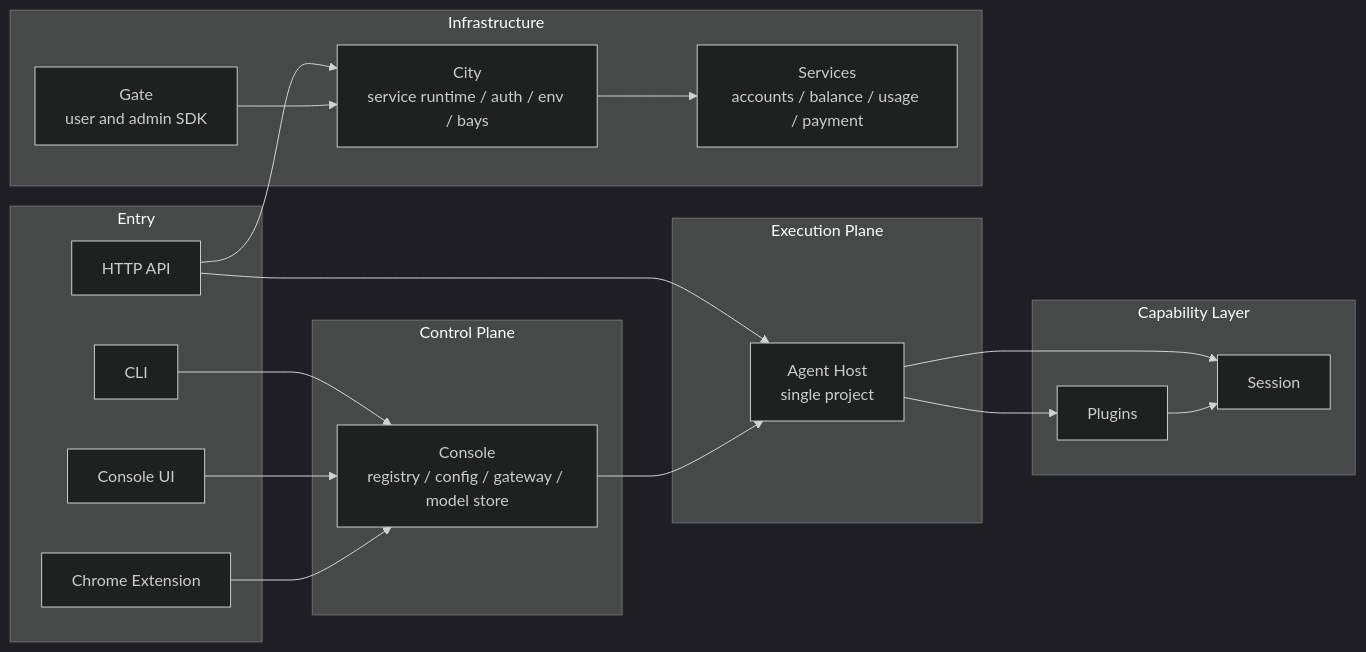
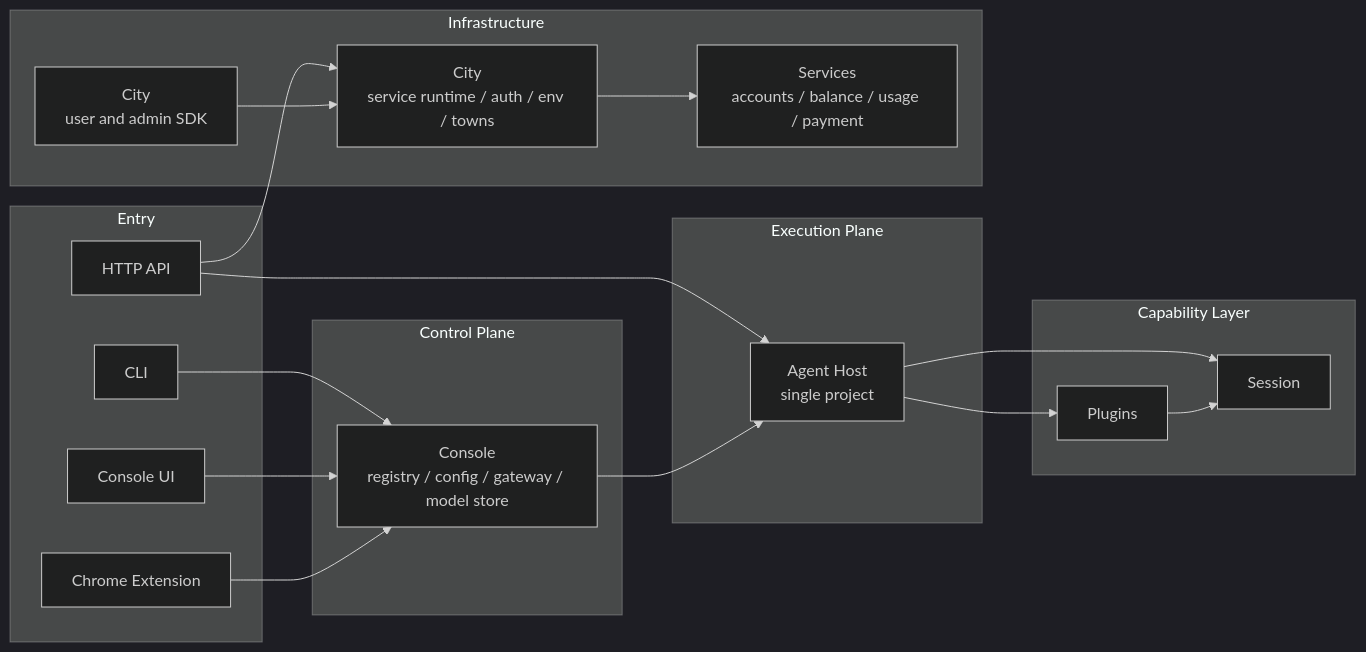
The first of 3 diagrams in homepage/content/devdocs/en/architecture/system-logic.mdx (wangenius/downcity), drawn with Mermaid (dark theme) before and after one commit. The commit also changed other lines of this file and 1247 other files, not shown here.

````diff
--- a/homepage/content/devdocs/en/architecture/system-logic.mdx
+++ b/homepage/content/devdocs/en/architecture/system-logic.mdx
@@ -21,40 +21,40 @@
 ```mermaid
 flowchart LR
   subgraph Entry["Entry"]
     CLI["CLI"]
     UI["Console UI"]
     EXT["Chrome Extension"]
     API["HTTP API"]
   end
 
   subgraph Control["Control Plane"]
     CONSOLE["Console<br/>registry / config / gateway / model store"]
   end
 
   subgraph Runtime["Execution Plane"]
     AGENT["Agent Host<br/>single project"]
   end
 
   subgraph Capability["Capability Layer"]
     SESSION["Session"]
     PLUGINS["Plugins"]
   end
 
   subgraph Infra["Infrastructure"]
-    INFRA["City<br/>service runtime / auth / env / bays"]
+    INFRA["City<br/>service runtime / auth / env / towns"]
     SERVICES["Services<br/>accounts / balance / usage / payment"]
-    CONDUIT["Gate<br/>user and admin SDK"]
+    CONDUIT["City<br/>user and admin SDK"]
   end
 
   CLI --> CONSOLE
   UI --> CONSOLE
   EXT --> CONSOLE
   API --> AGENT
   CONSOLE --> AGENT
   AGENT --> SESSION
   AGENT --> PLUGINS
   PLUGINS --> SESSION
   API --> INFRA
   CONDUIT --> INFRA
   INFRA --> SERVICES
 ```
````
